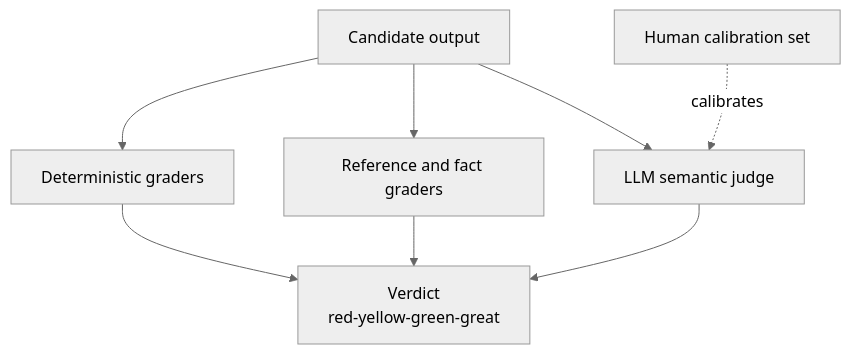
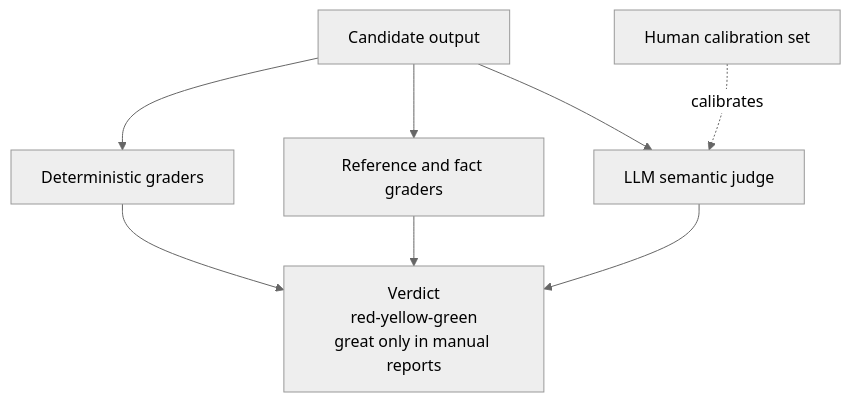
Before and after one commit to agentic-workflow-kit/technical-design: the third of 4 diagrams in docs/design/evaluation-strategy.md, drawn with Mermaid (neutral theme). The commit also changed other lines of this file and 5 other files, not shown here.

Commit message:
test(evals): align local eval harness after staged design flow

````diff
--- a/docs/design/evaluation-strategy.md
+++ b/docs/design/evaluation-strategy.md
@@ -182,17 +195,17 @@
 ```mermaid
 flowchart TD
     Candidate["Candidate output"]
     Static["Deterministic graders"]
     Facts["Reference and fact graders"]
     Judge["LLM semantic judge"]
     Human["Human calibration set"]
-    Verdict["Verdict<br/>red-yellow-green-great"]
+    Verdict["Verdict<br/>red-yellow-green<br/>great only in manual reports"]
 
     Candidate --> Static
     Candidate --> Facts
     Candidate --> Judge
     Human -. calibrates .-> Judge
     Static --> Verdict
     Facts --> Verdict
     Judge --> Verdict
 ```
````
